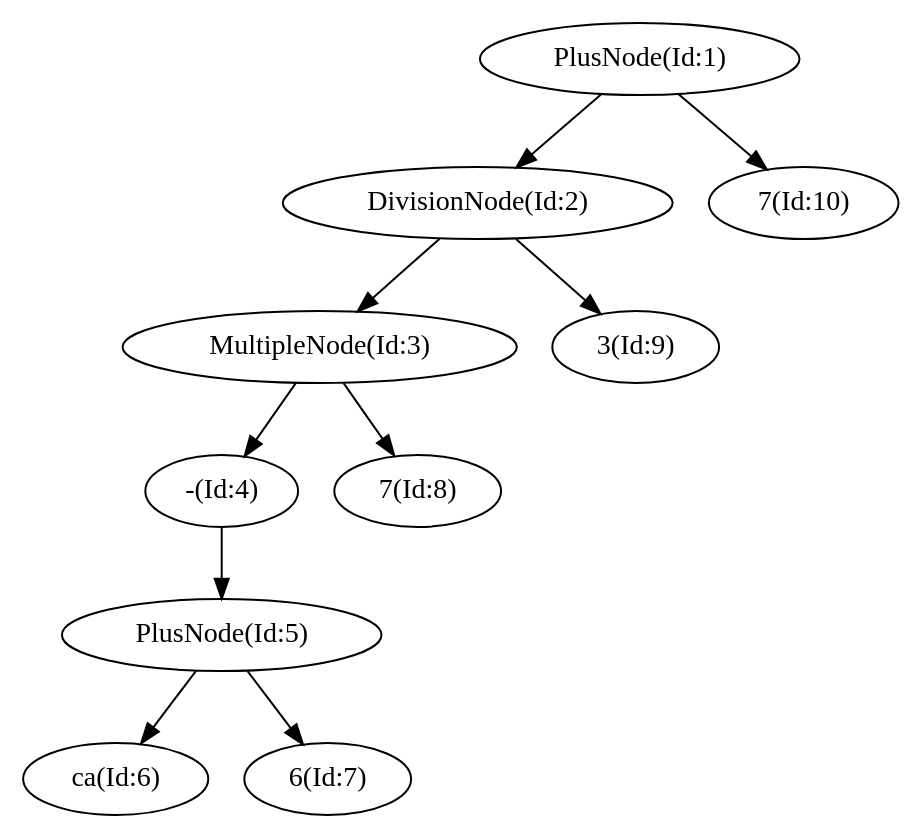
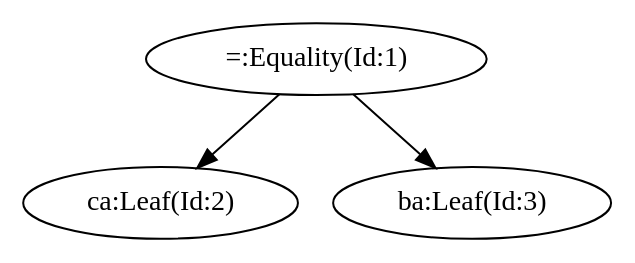
One commit to egoshin-igor/StateMachine changed the diagram in Compiler/SyntacticalAnalyzerGenerator/LangFiles/astTree.dot. Above: the diagram before and after it, drawn with Graphviz. The commit also changed 11 other files, not shown here.

```diff
--- a/Compiler/SyntacticalAnalyzerGenerator/LangFiles/astTree.dot
+++ b/Compiler/SyntacticalAnalyzerGenerator/LangFiles/astTree.dot
@@ -1,1 +1,1 @@
-digraph G{"PlusNode(Id:1)"->"DivisionNode(Id:2)";"PlusNode(Id:1)"->"7(Id:10)";"DivisionNode(Id:2)"->"MultipleNode(Id:3)";"DivisionNode(Id:2)"->"3(Id:9)";"MultipleNode(Id:3)"->"-(Id:4)";"MultipleNode(Id:3)"->"7(Id:8)";"-(Id:4)"->"PlusNode(Id:5)";"PlusNode(Id:5)"->"ca(Id:6)";"PlusNode(Id:5)"->"6(Id:7)";}
+digraph G{"=:Equality(Id:1)"->"ca:Leaf(Id:2)";"=:Equality(Id:1)"->"ba:Leaf(Id:3)";}
```
